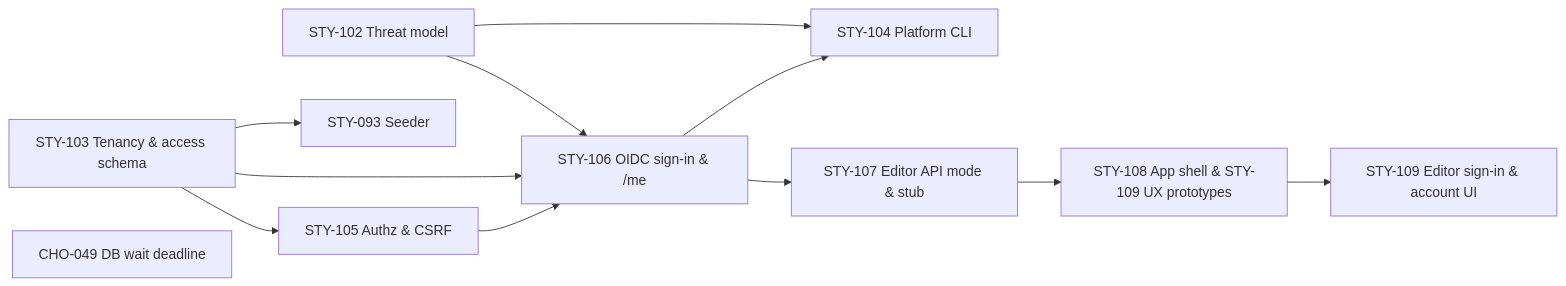
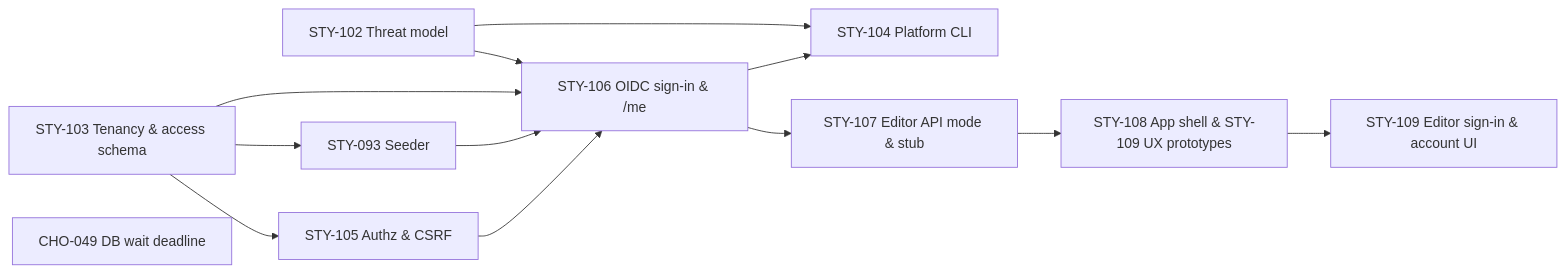
Before and after one commit to DHCW-Digital-Health-and-Care-Wales/roadmaps: the diagram in docs/backlog/EPC-024-tenancy-sign-in-and-optional-api-mode/README.md, drawn with Mermaid. The commit also changed other lines of this file and 6 other files, not shown here.

````diff
--- a/docs/backlog/EPC-024-tenancy-sign-in-and-optional-api-mode/README.md
+++ b/docs/backlog/EPC-024-tenancy-sign-in-and-optional-api-mode/README.md
@@ -154,14 +153,15 @@
 ```mermaid
 flowchart LR
   STY102["STY-102 Threat model"] --> STY106["STY-106 OIDC sign-in & /me"]
   STY102 --> STY104["STY-104 Platform CLI"]
   STY103["STY-103 Tenancy & access schema"] --> STY093["STY-093 Seeder"]
   STY103 --> STY105["STY-105 Authz & CSRF"]
   STY103 --> STY106
+  STY093 --> STY106
   STY105 --> STY106
   STY106 --> STY104
   STY106 --> STY107["STY-107 Editor API mode & stub"]
   STY107 --> STY108["STY-108 App shell & STY-109 UX prototypes"]
   STY108 --> STY109["STY-109 Editor sign-in & account UI"]
   CHO049["CHO-049 DB wait deadline"]
 ```
````
